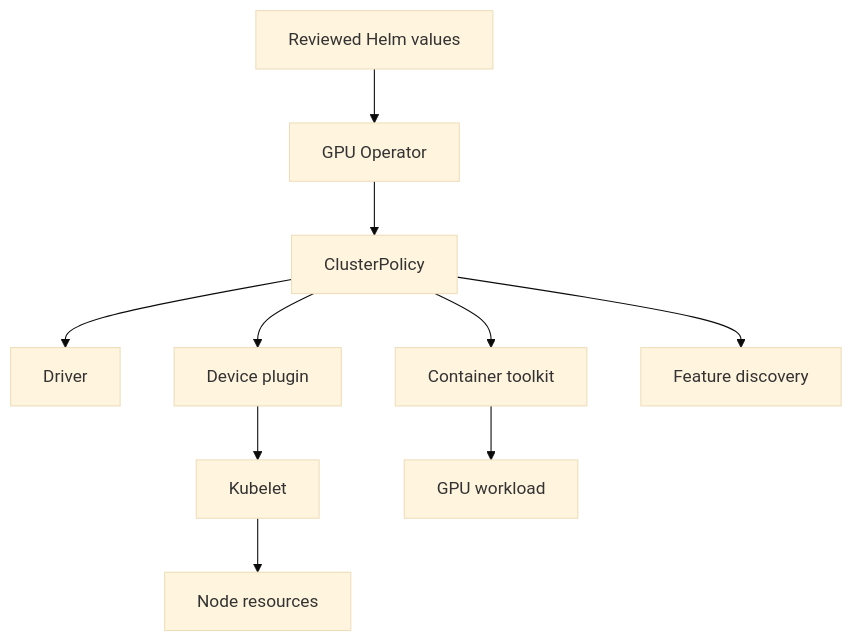
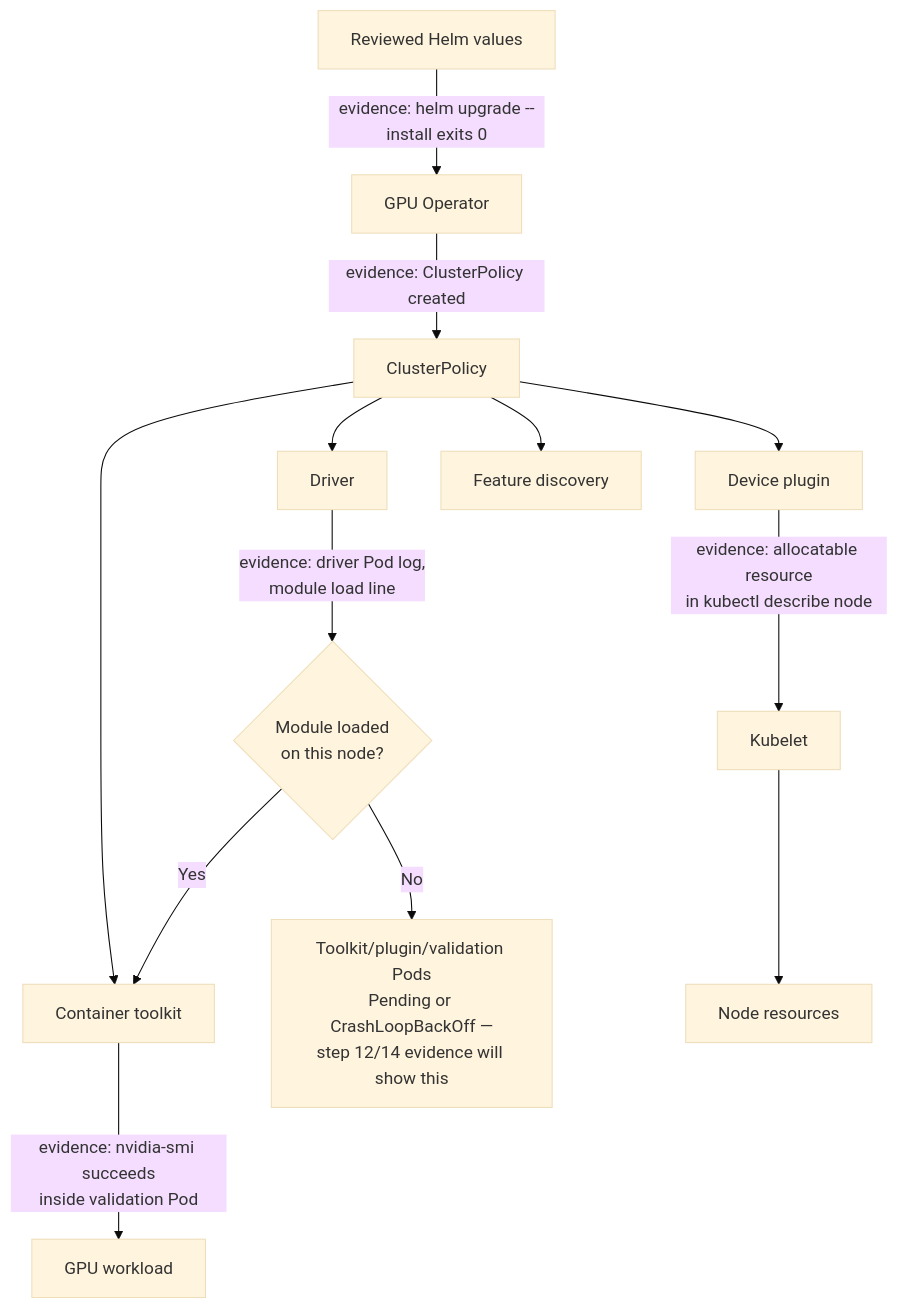
One commit to jithinpnjm/nvidia-devops changed the diagram in docs/nvidia-zero-to-hero/volume-10/labs/lab-02-install-and-validate-gpu-operator.md. Above: the diagram before and after it, drawn with Mermaid (base theme). The commit also changed other lines of this file and 10 other files, not shown here.

````diff
--- a/docs/nvidia-zero-to-hero/volume-10/labs/lab-02-install-and-validate-gpu-operator.md
+++ b/docs/nvidia-zero-to-hero/volume-10/labs/lab-02-install-and-validate-gpu-operator.md
@@ -31,11 +31,14 @@
 ```mermaid
 flowchart TD
-  Helm[Reviewed Helm values] --> Operator[GPU Operator]
-  Operator --> Policy[ClusterPolicy]
+  Helm[Reviewed Helm values] -->|"evidence: helm upgrade --install exits 0"| Operator[GPU Operator]
+  Operator -->|"evidence: ClusterPolicy created"| Policy[ClusterPolicy]
   Policy --> Driver[Driver]
   Policy --> Toolkit[Container toolkit]
   Policy --> Plugin[Device plugin]
   Policy --> Discovery[Feature discovery]
-  Plugin --> Kubelet --> Node[Node resources]
-  Toolkit --> Workload[GPU workload]
+  Driver -->|"evidence: driver Pod log,<br/>module load line"| DriverCheck{"Module loaded<br/>on this node?"}
+  DriverCheck -->|"Yes"| Toolkit
+  DriverCheck -->|"No"| Fail["Toolkit/plugin/validation Pods<br/>Pending or CrashLoopBackOff —<br/>step 12/14 evidence will show this"]
+  Plugin -->|"evidence: allocatable resource<br/>in kubectl describe node"| Kubelet --> Node[Node resources]
+  Toolkit -->|"evidence: nvidia-smi succeeds<br/>inside validation Pod"| Workload[GPU workload]
 ```
````
